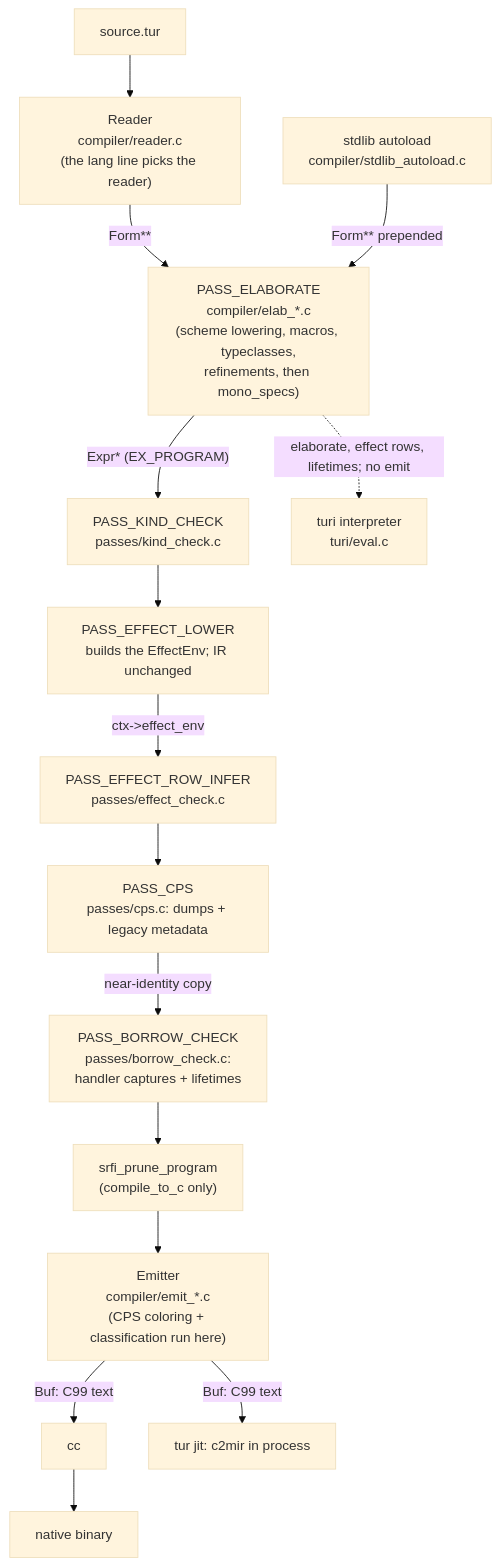
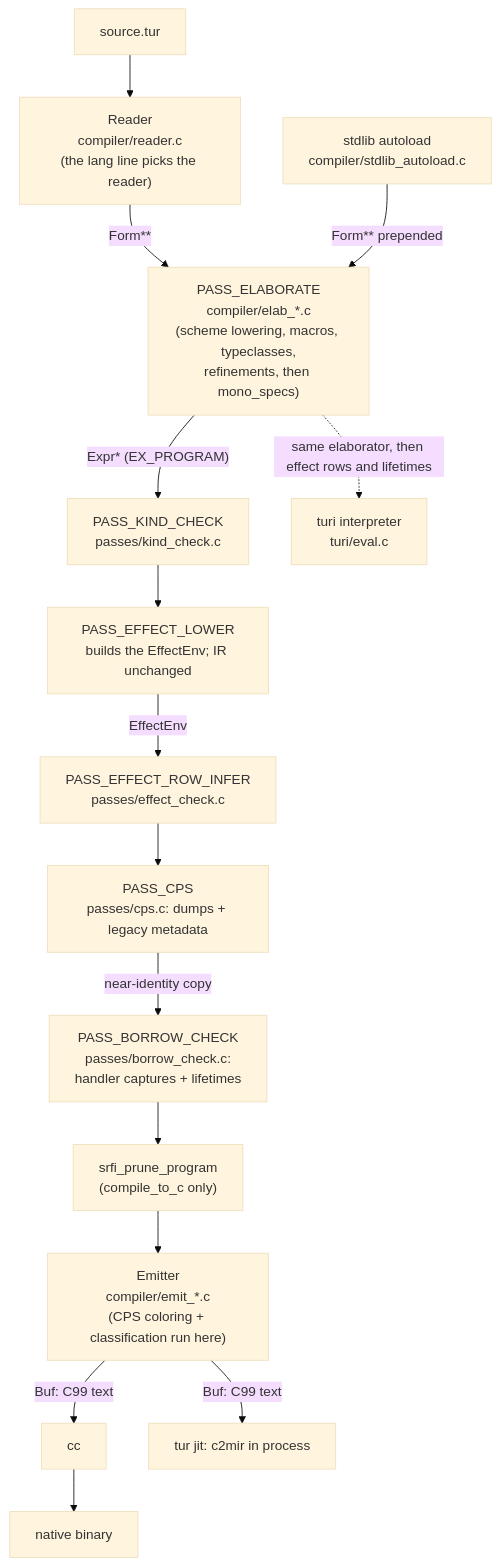
Before and after one commit to turmeric-lang/turmeric: the diagram in docs/guides/compiler-internals.md, drawn with Mermaid (base theme). The commit also changed other lines of this file, not shown here.

````diff
--- a/docs/guides/compiler-internals.md
+++ b/docs/guides/compiler-internals.md
@@ -43,33 +43,33 @@
 ```mermaid
 flowchart TD
   SRC["source.tur"]
   RD["Reader<br/>compiler/reader.c<br/>(the lang line picks the reader)"]
   STD["stdlib autoload<br/>compiler/stdlib_autoload.c"]
   EL["PASS_ELABORATE<br/>compiler/elab_*.c<br/>(scheme lowering, macros, typeclasses,<br/>refinements, then mono_specs)"]
   KC["PASS_KIND_CHECK<br/>passes/kind_check.c"]
   EFL["PASS_EFFECT_LOWER<br/>builds the EffectEnv; IR unchanged"]
   EFC["PASS_EFFECT_ROW_INFER<br/>passes/effect_check.c"]
   CPS["PASS_CPS<br/>passes/cps.c: dumps + legacy metadata"]
   BC["PASS_BORROW_CHECK<br/>passes/borrow_check.c:<br/>handler captures + lifetimes"]
   SP["srfi_prune_program<br/>(compile_to_c only)"]
   EM["Emitter<br/>compiler/emit_*.c<br/>(CPS coloring + classification run here)"]
   CC["cc"]
   JIT["tur jit: c2mir in process"]
   BIN["native binary"]
   TURI["turi interpreter<br/>turi/eval.c"]
 
   SRC --> RD
   RD -->|"Form**"| EL
   STD -->|"Form** prepended"| EL
   EL -->|"Expr* (EX_PROGRAM)"| KC
   KC --> EFL
-  EFL -->|"ctx->effect_env"| EFC
+  EFL -->|"EffectEnv"| EFC
   EFC --> CPS
   CPS -->|"near-identity copy"| BC
   BC --> SP
   SP --> EM
   EM -->|"Buf: C99 text"| CC
   EM -->|"Buf: C99 text"| JIT
   CC --> BIN
-  EL -.->|"elaborate, effect rows, lifetimes; no emit"| TURI
+  EL -.->|"same elaborator, then effect rows and lifetimes"| TURI
 ```
````
